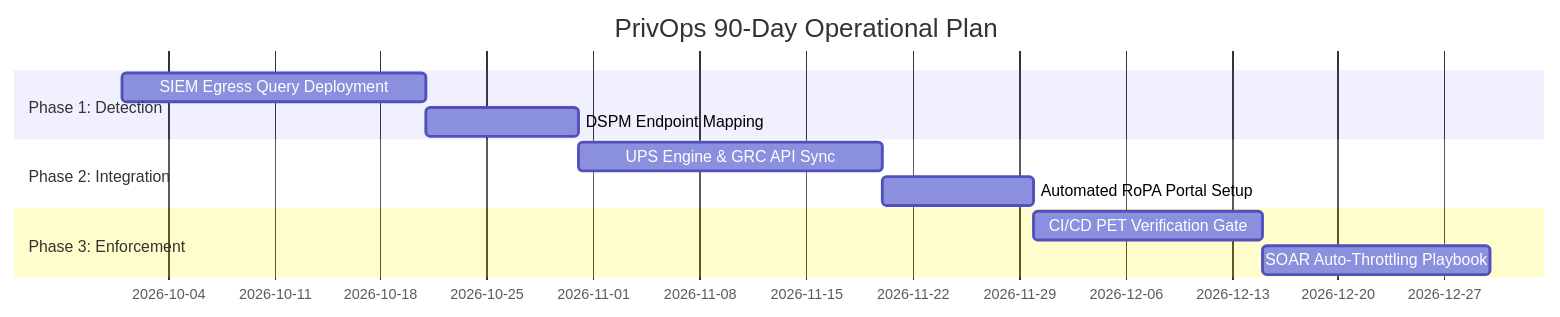
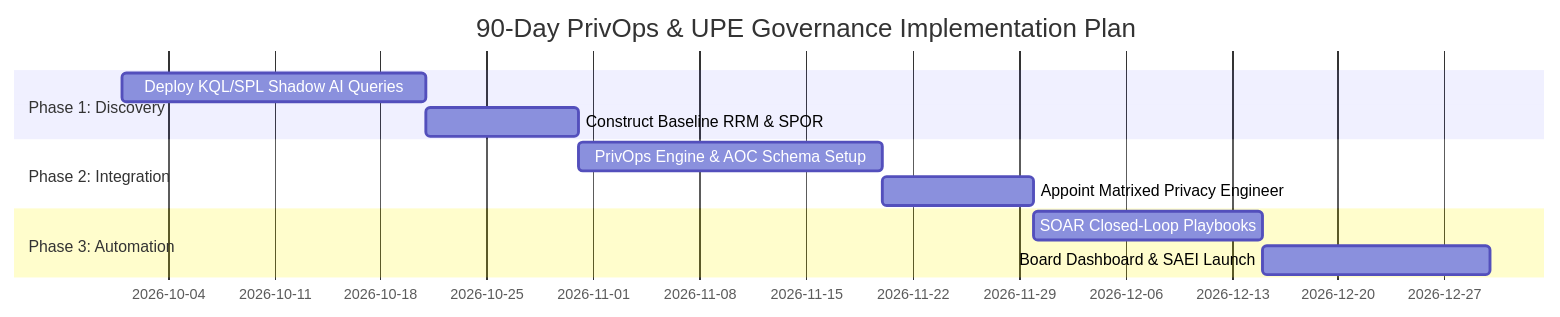
Before and after one commit to hiro001-eth/What-I-Learned-Today-on-SOC-GRC-: the sixth of 6 diagrams in On 27-09-2026 THE PRIVACY GOVERNANCE TRIAD AND THE UNSANCTIONED PROCESSING EXCEPTION.md, drawn with Mermaid. The commit also changed other lines of this file and 1 other file, not shown here.

Commit message:
docs: rebuild Paper 12 with full role-theoretic framework, ODS/PEDS, 4 UPE classes, query pack & AOC

````diff
--- a/On 27-09-2026 THE PRIVACY GOVERNANCE TRIAD AND THE UNSANCTIONED PROCESSING EXCEPTION.md
+++ b/On 27-09-2026 THE PRIVACY GOVERNANCE TRIAD AND THE UNSANCTIONED PROCESSING EXCEPTION.md
@@ -242,14 +558,14 @@
 ```mermaid
 gantt
-    title PrivOps 90-Day Operational Plan
+    title 90-Day PrivOps & UPE Governance Implementation Plan
     dateFormat  YYYY-MM-DD
-    section Phase 1: Detection
-    SIEM Egress Query Deployment   :a1, 2026-10-01, 20d
-    DSPM Endpoint Mapping           :a2, after a1, 10d
+    section Phase 1: Discovery
+    Deploy KQL/SPL Shadow AI Queries  :a1, 2026-10-01, 20d
+    Construct Baseline RRM & SPOR     :a2, after a1, 10d
     section Phase 2: Integration
-    UPS Engine & GRC API Sync      :b1, 2026-10-31, 20d
-    Automated RoPA Portal Setup    :b2, after b1, 10d
-    section Phase 3: Enforcement
-    CI/CD PET Verification Gate    :c1, 2026-11-30, 15d
-    SOAR Auto-Throttling Playbook  :c2, after c1, 15d
+    PrivOps Engine & AOC Schema Setup :b1, 2026-10-31, 20d
+    Appoint Matrixed Privacy Engineer :b2, after b1, 10d
+    section Phase 3: Automation
+    SOAR Closed-Loop Playbooks       :c1, 2026-11-30, 15d
+    Board Dashboard & SAEI Launch    :c2, after c1, 15d
 ```
````
